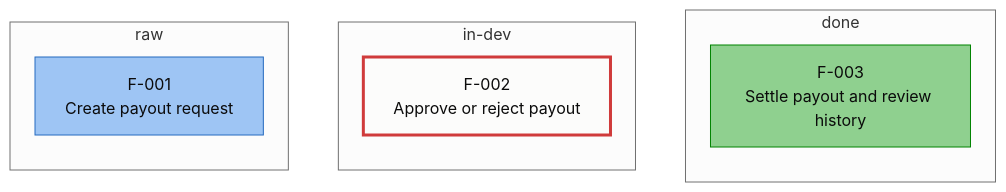
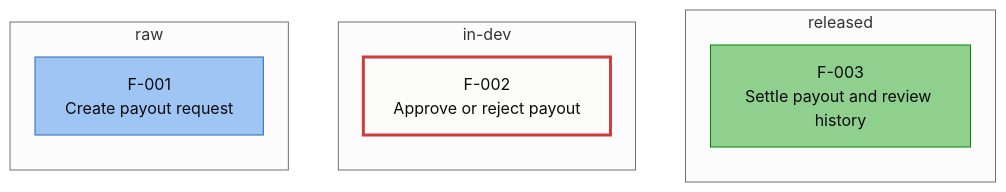
One commit to mo0rti/prism changed the diagram in docs/wiki-visualization-demo.mmd. Above: the diagram before and after it, drawn with Mermaid (neutral theme). The commit also changed 166 other files, not shown here.

```diff
--- a/docs/wiki-visualization-demo.mmd
+++ b/docs/wiki-visualization-demo.mmd
@@ -1,21 +1,23 @@
 flowchart LR
   subgraph s_raw["raw"]
     n_F_001["F-001<br/>Create payout request"]
   end
   subgraph s_in_dev["in-dev"]
     n_F_002["F-002<br/>Approve or reject payout"]
   end
-  subgraph s_done["done"]
+  subgraph s_released["released"]
     n_F_003["F-003<br/>Settle payout and review history"]
   end
   n_F_001 ~~~ n_F_002
   n_F_002 ~~~ n_F_003
   class n_F_001 po
   class n_F_002 blocked
   class n_F_003 done
   classDef po fill:#9ec5f4,stroke:#256abf,color:#0b0b0b
   classDef design fill:#f5cf7e,stroke:#8a5c00,color:#0b0b0b
   classDef dev fill:#7cd7b2,stroke:#0f7a55,color:#0b0b0b
+  classDef qa fill:#c9b6f0,stroke:#5b3cb3,color:#0b0b0b
+  classDef release fill:#f2a7c3,stroke:#a8325f,color:#0b0b0b
   classDef done fill:#8fd08f,stroke:#008300,color:#0b0b0b
   classDef blocked fill:#fcfcfb,stroke:#d03b3b,stroke-width:3px,color:#0b0b0b
   classDef broken fill:#fcfcfb,stroke:#898781,stroke-dasharray:6 4,color:#52514e
```
